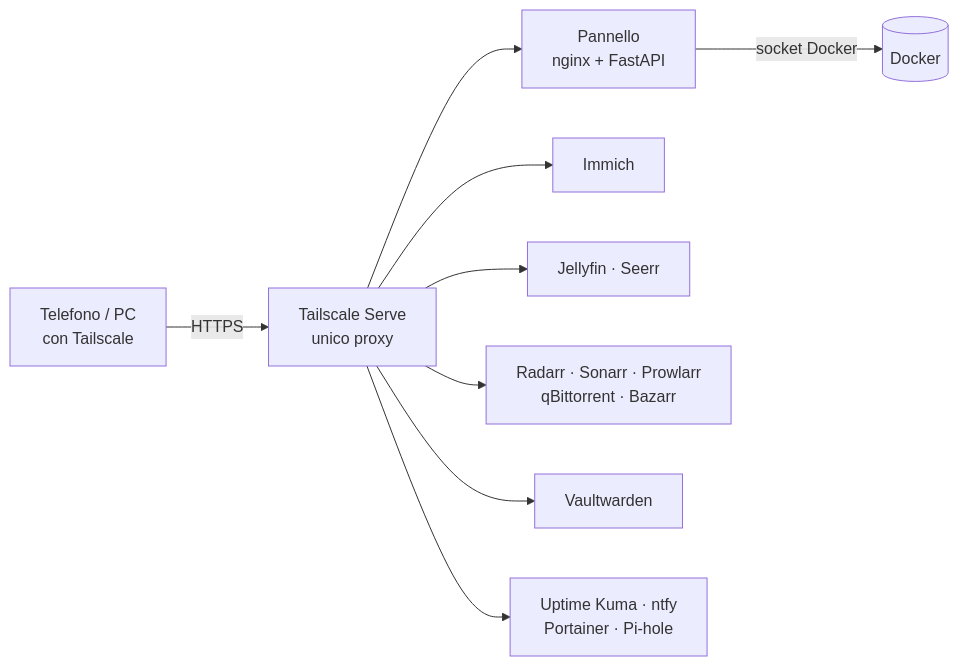
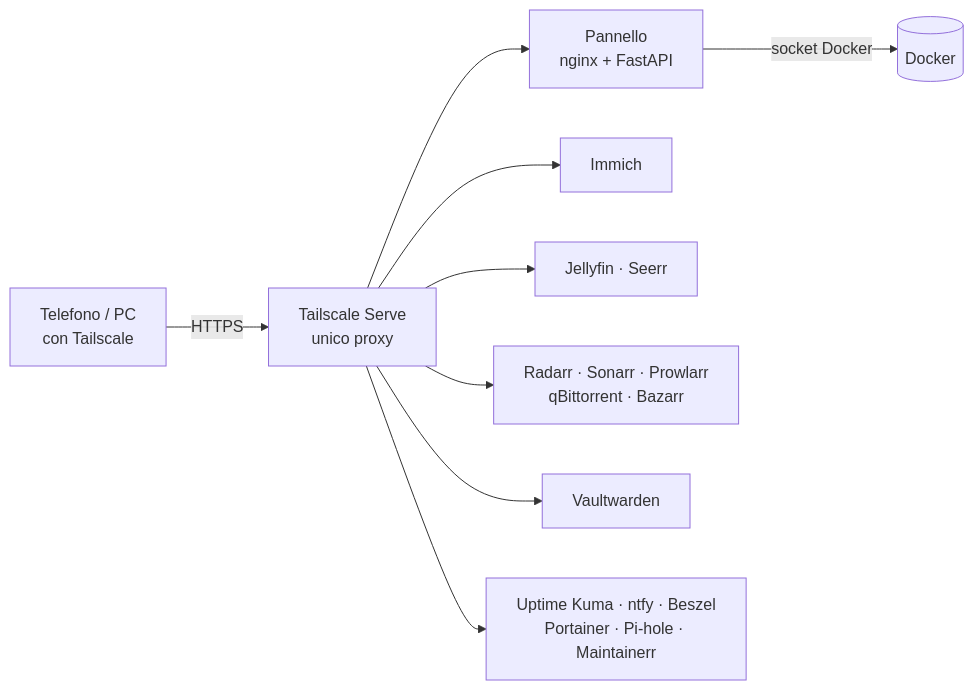
The first of 2 diagrams in README.md (S1nd01/Server-Privato), drawn with Mermaid before and after one commit. The commit also changed other lines of this file and 28 other files, not shown here.

````diff
--- a/README.md
+++ b/README.md
@@ -48,11 +48,11 @@
 ```mermaid
 flowchart LR
     tel["Telefono / PC<br/>con Tailscale"] -->|HTTPS| ts["Tailscale Serve<br/>unico proxy"]
     ts --> pan["Pannello<br/>nginx + FastAPI"]
     ts --> foto["Immich"]
     ts --> media["Jellyfin · Seerr"]
     ts --> arr["Radarr · Sonarr · Prowlarr<br/>qBittorrent · Bazarr"]
     ts --> vw["Vaultwarden"]
-    ts --> ctl["Uptime Kuma · ntfy<br/>Portainer · Pi-hole"]
+    ts --> ctl["Uptime Kuma · ntfy · Beszel<br/>Portainer · Pi-hole · Maintainerr"]
     pan -->|socket Docker| dk[("Docker")]
 ```
````
